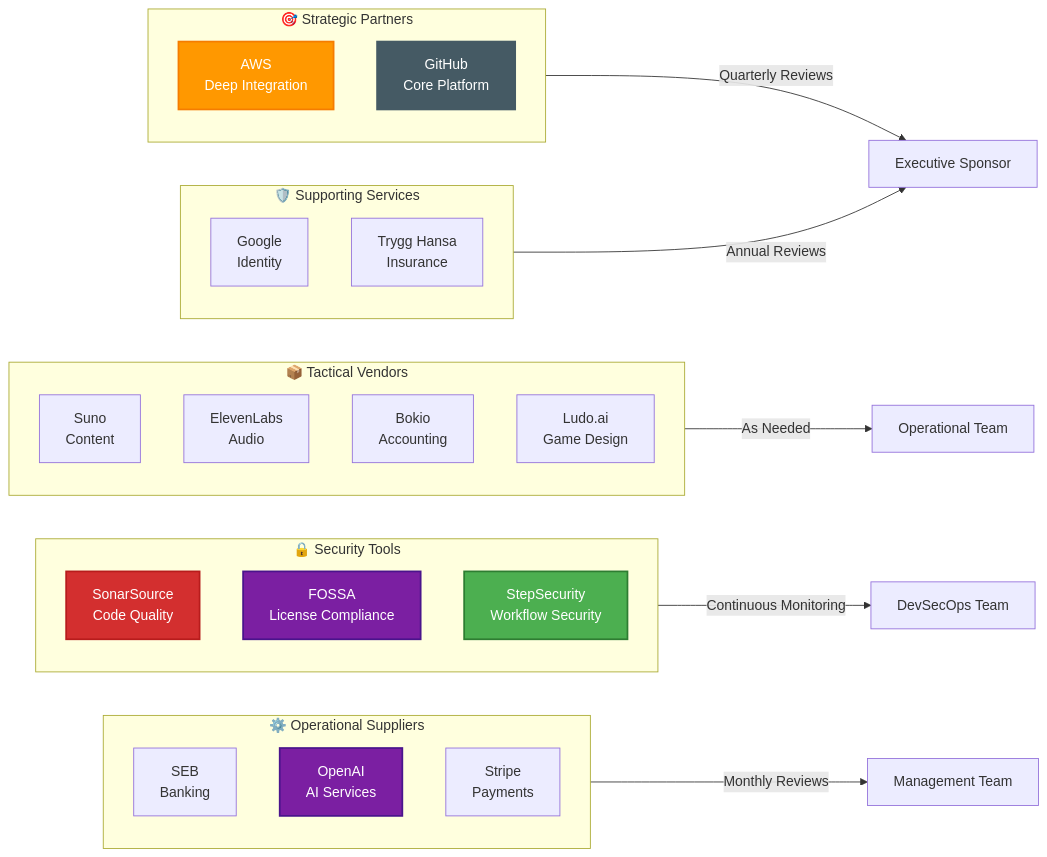
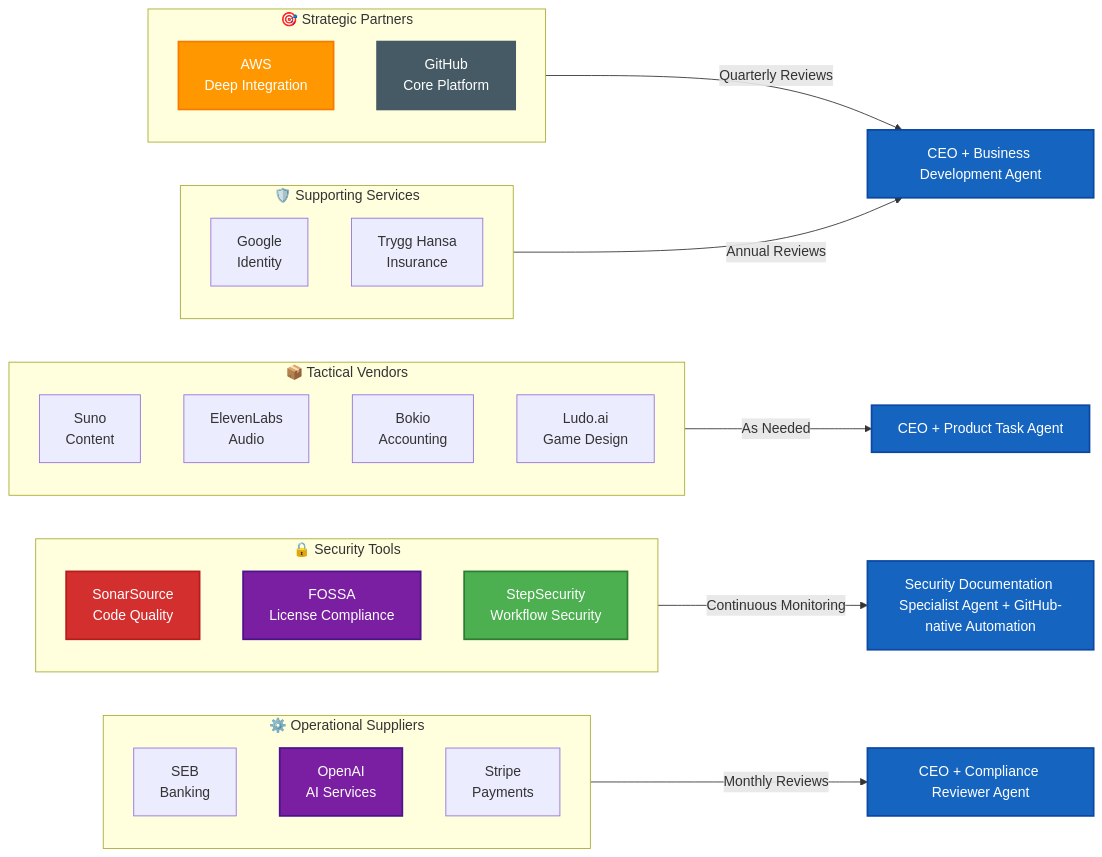
The fifth of 5 diagrams in SUPPLIER.md (Hack23/ISMS-PUBLIC), drawn with Mermaid before and after one commit. The commit also changed other lines of this file and 13 other files, not shown here.

````diff
--- a/SUPPLIER.md
+++ b/SUPPLIER.md
@@ -444,44 +441,48 @@
 ```mermaid
 graph LR
     subgraph Strategic["🎯 Strategic Partners"]
         AWS[AWS<br/>Deep Integration]
         GitHub[GitHub<br/>Core Platform]
     end
     
     subgraph Operational["⚙️ Operational Suppliers"]
         SEB[SEB<br/>Banking]
         OpenAI[OpenAI<br/>AI Services]
         Stripe[Stripe<br/>Payments]
     end
     
     subgraph Security["🔒 Security Tools"]
         SonarSource[SonarSource<br/>Code Quality]
         FOSSA[FOSSA<br/>License Compliance]
         StepSecurity[StepSecurity<br/>Workflow Security]
     end
     
     subgraph Tactical["📦 Tactical Vendors"]
         Suno[Suno<br/>Content]
         ElevenLabs[ElevenLabs<br/>Audio]
         Bokio[Bokio<br/>Accounting]
         Ludo.ai[Ludo.ai<br/>Game Design]
     end
     
     subgraph Support["🛡️ Supporting Services"]
         Google[Google<br/>Identity]
         TryggHansa[Trygg Hansa<br/>Insurance]
     end
     
-    Strategic -->|Quarterly Reviews| Executive[Executive Sponsor]
-    Operational -->|Monthly Reviews| Management[Management Team]
-    Security -->|Continuous Monitoring| DevSecOps[DevSecOps Team]
-    Tactical -->|As Needed| Operational_Team[Operational Team]
-    Support -->|Annual Reviews| Executive
+    Strategic -->|Quarterly Reviews| CEO_BD[CEO + Business Development Agent]
+    Operational -->|Monthly Reviews| CEO_Compliance[CEO + Compliance Reviewer Agent]
+    Security -->|Continuous Monitoring| SecArch[Security Documentation Specialist Agent + GitHub-native Automation]
+    Tactical -->|As Needed| CEO_Product[CEO + Product Task Agent]
+    Support -->|Annual Reviews| CEO_BD
     
     style AWS fill:#FF9800,stroke:#F57C00,stroke-width:2px,color:#ffffff
     style GitHub fill:#455A64,stroke:#455A64,stroke-width:2px,color:#ffffff
     style OpenAI fill:#7B1FA2,stroke:#4A148C,stroke-width:2px,color:#ffffff
     style SonarSource fill:#D32F2F,stroke:#B71C1C,stroke-width:2px,color:#ffffff
     style FOSSA fill:#7B1FA2,stroke:#4A148C,stroke-width:2px,color:#ffffff
     style StepSecurity fill:#4CAF50,stroke:#2E7D32,stroke-width:2px,color:#ffffff
+    style CEO_BD fill:#1565C0,stroke:#0D47A1,stroke-width:2px,color:#ffffff
+    style CEO_Compliance fill:#1565C0,stroke:#0D47A1,stroke-width:2px,color:#ffffff
+    style SecArch fill:#1565C0,stroke:#0D47A1,stroke-width:2px,color:#ffffff
+    style CEO_Product fill:#1565C0,stroke:#0D47A1,stroke-width:2px,color:#ffffff
 ```
````
